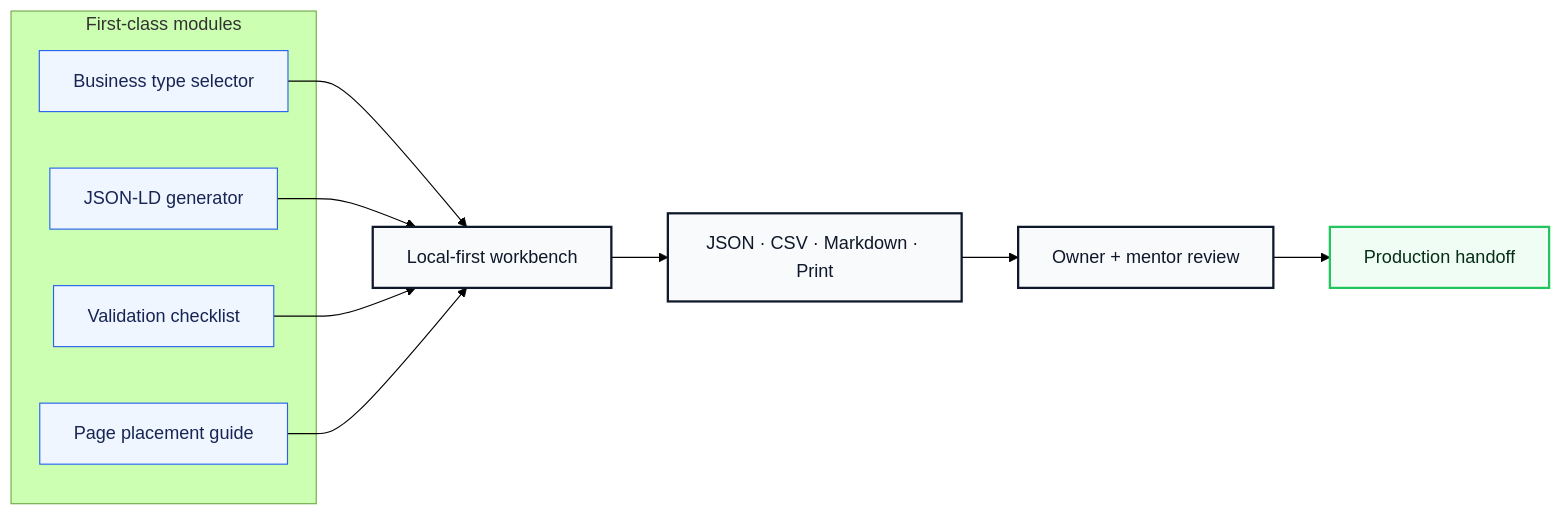
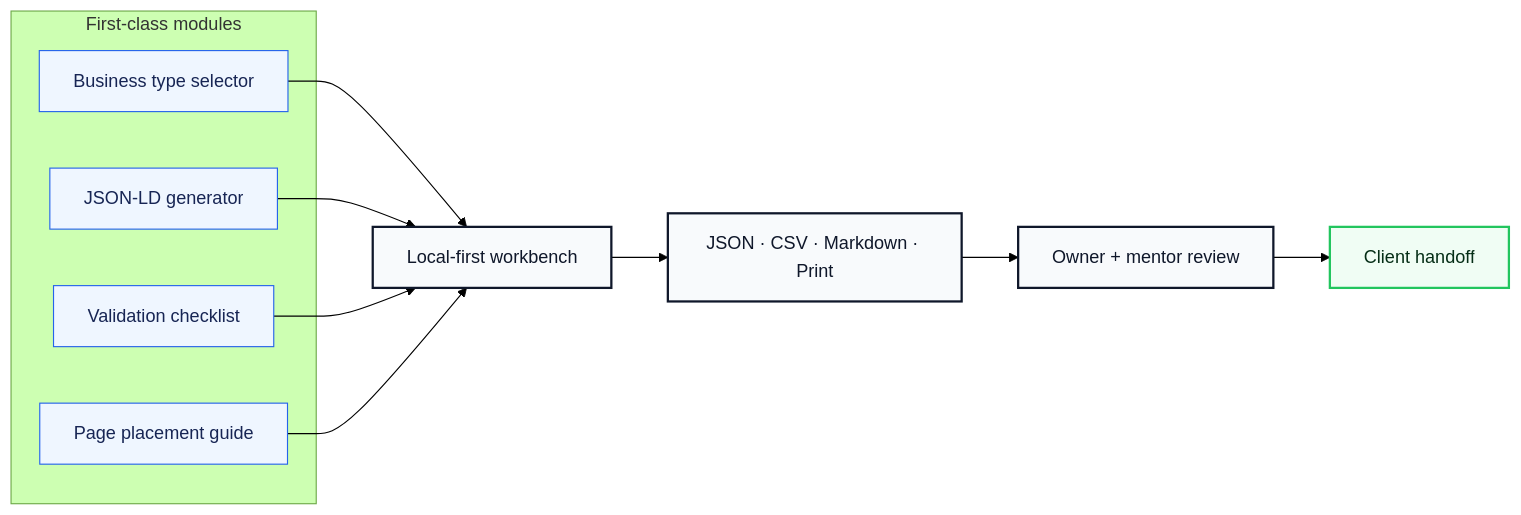
One commit to volta-npo/local-schema-forge changed the second of 3 diagrams in README.md. Above: the diagram before and after it, drawn with Mermaid (forest theme). The commit also changed other lines of this file and 28 other files, not shown here.

````diff
--- a/README.md
+++ b/README.md
@@ -64,23 +64,23 @@
 ```mermaid
 flowchart LR
     subgraph Modules["First-class modules"]
         M1["Business type selector"]
         M2["JSON-LD generator"]
         M3["Validation checklist"]
         M4["Page placement guide"]
     end
     M1 --> Workbench
     M2 --> Workbench
     M3 --> Workbench
     M4 --> Workbench
     Workbench["Local-first workbench"] --> Exports["JSON · CSV · Markdown · Print"]
     Exports --> Review["Owner + mentor review"]
-    Review --> Launch["Production handoff"]
+    Review --> Launch["Client handoff"]
 
     classDef module fill:#eff6ff,stroke:#2563eb,color:#172554;
     classDef app fill:#f8fafc,stroke:#0f172a,color:#0f172a,stroke-width:2px;
     classDef launch fill:#f0fdf4,stroke:#22c55e,color:#052e16,stroke-width:2px;
     class M1,M2,M3,M4 module;
     class Workbench,Exports,Review app;
     class Launch launch;
 ```
````
